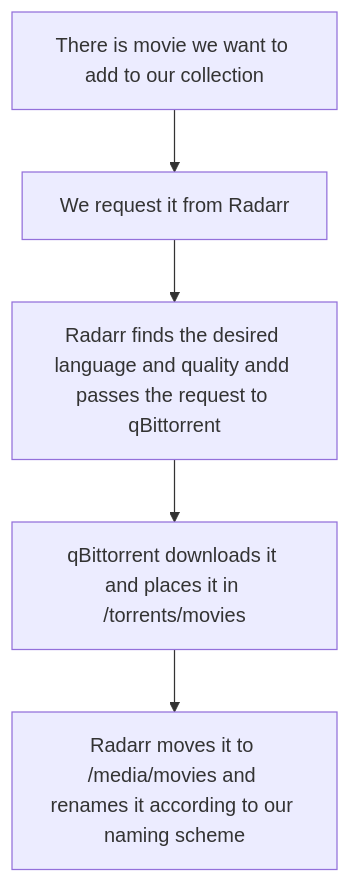
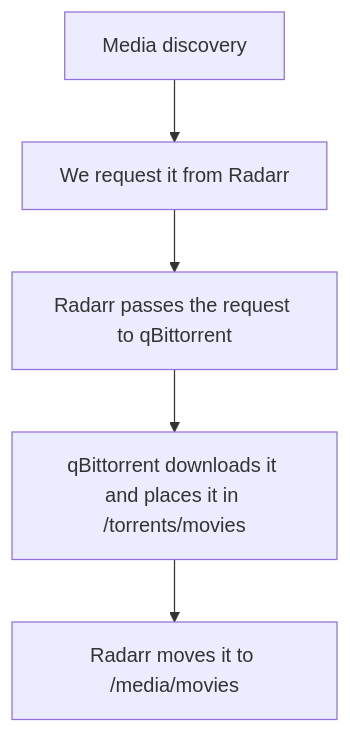
Before and after one commit to Stylback/home-server: the diagram in README.md, drawn with Mermaid.

````diff
--- a/README.md
+++ b/README.md
@@ -1283,7 +1283,7 @@
 ```mermaid
   graph TD;
-      A[There is movie we want to add to our collection]-->B[We request it from Radarr];
-      B-->C[Radarr finds the desired language and quality andd passes the request to qBittorrent];
+      A[Media discovery]-->B[We request it from Radarr];
+      B-->C[Radarr passes the request to qBittorrent];
       C-->D[qBittorrent downloads it and places it in /torrents/movies];
-      D-->E[Radarr moves it to /media/movies and renames it according to our naming scheme];
+      D-->E[Radarr moves it to /media/movies];
 ```
````
